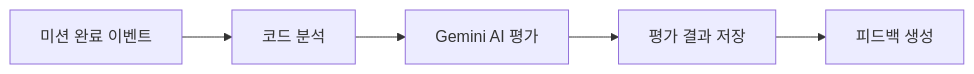
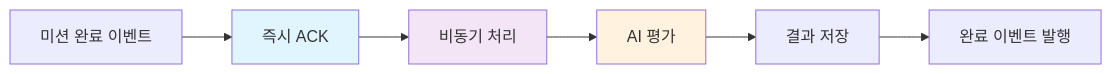
The first of 2 diagrams in README.md (KDT-Dev-Trip/BE-AIEvaluationService), drawn with Mermaid before and after one commit. The commit also changed other lines of this file and 31 other files, not shown here.

````diff
--- a/README.md
+++ b/README.md
@@ -32,7 +33,12 @@
 ```mermaid
 graph LR
-    A[미션 완료 이벤트] --> B[코드 분석]
-    B --> C[Gemini AI 평가]
-    C --> D[평가 결과 저장]
-    D --> E[피드백 생성]
+    A[미션 완료 이벤트] --> B[즉시 ACK]
+    B --> C[비동기 처리]
+    C --> D[AI 평가]
+    D --> E[결과 저장]
+    E --> F[완료 이벤트 발행]
+    
+    style B fill:#e1f5fe
+    style C fill:#f3e5f5
+    style D fill:#fff3e0
 ```
````
